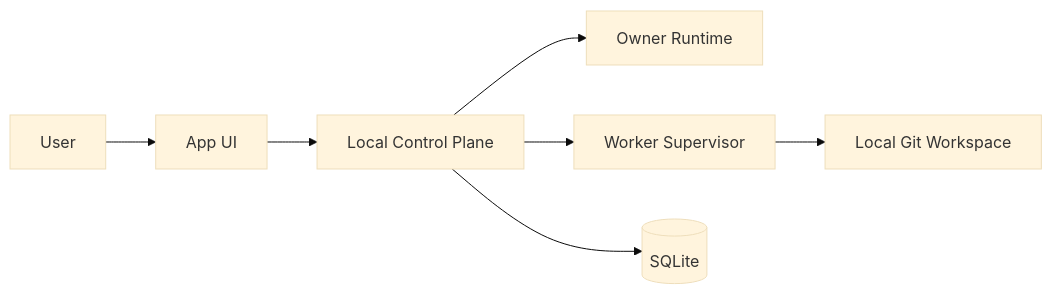
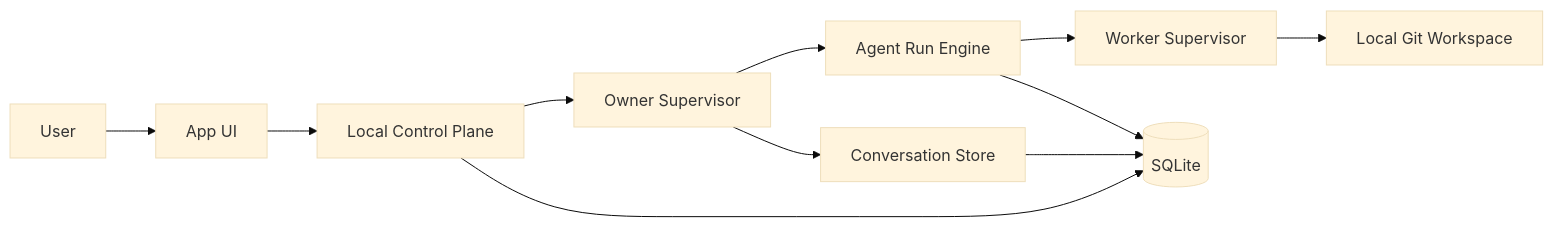
One commit to powerpunch080403/ai-development-platform-design changed the first of 2 diagrams in 02 Architecture/System Context.md. Above: the diagram before and after it, drawn with Mermaid (base theme). The commit also changed other lines of this file and 12 other files, not shown here.

Commit message:
docs: define owner runtime agent run model

````diff
--- a/02 Architecture/System Context.md
+++ b/02 Architecture/System Context.md
@@ -7,9 +10,13 @@
 ```mermaid
 flowchart LR
     User[User] --> UI[App UI]
     UI --> LCP[Local Control Plane]
-    LCP --> Owner[Owner Runtime]
-    LCP --> Supervisor[Worker Supervisor]
-    LCP --> SQLite[(SQLite)]
+    LCP --> OwnerSupervisor[Owner Supervisor]
+    OwnerSupervisor --> ConversationStore[Conversation Store]
+    OwnerSupervisor --> RunEngine[Agent Run Engine]
+    RunEngine --> Supervisor[Worker Supervisor]
+    LCP --> LocalSQLite[(SQLite)]
+    ConversationStore --> LocalSQLite
+    RunEngine --> LocalSQLite
     Supervisor --> Workspace[Local Git Workspace]
 ```
````
